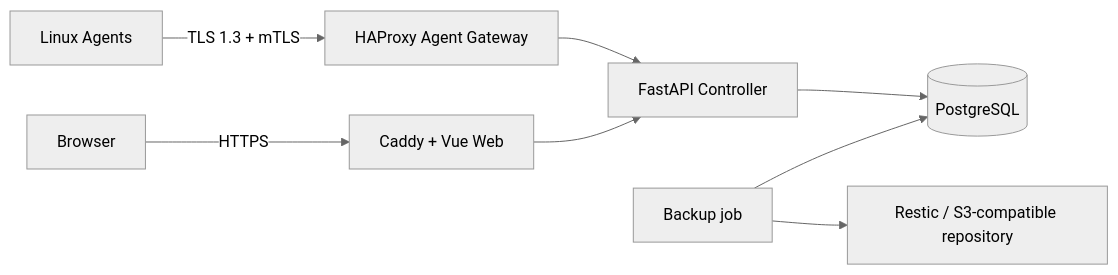
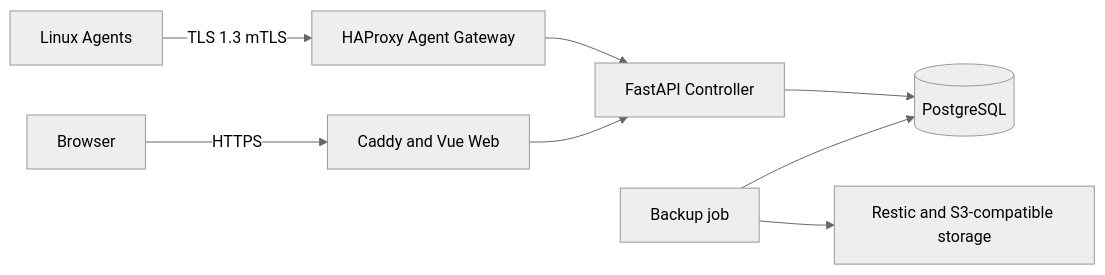
One commit to liumingxu0122-hue/vps-guardian changed the diagram in README.md. Above: the diagram before and after it, drawn with Mermaid (neutral theme). The commit also changed other lines of this file and 42 other files, not shown here.

````diff
--- a/README.md
+++ b/README.md
@@ -29,10 +31,10 @@
 ```mermaid
 flowchart LR
-  A["Linux Agents"] -->|"TLS 1.3 + mTLS"| G["HAProxy Agent Gateway"]
-  G --> C["FastAPI Controller"]
-  W["Browser"] -->|"HTTPS"| E["Caddy + Vue Web"]
-  E --> C
-  C --> P[("PostgreSQL")]
-  B["Backup job"] --> P
-  B --> R["Restic / S3-compatible repository"]
+  A[Linux Agents] -->|TLS 1.3 mTLS| G[HAProxy Agent Gateway]
+  G --> C[FastAPI Controller]
+  U[Browser] -->|HTTPS| W[Caddy and Vue Web]
+  W --> C
+  C --> P[(PostgreSQL)]
+  B[Backup job] --> P
+  B --> R[Restic and S3-compatible storage]
 ```
````
